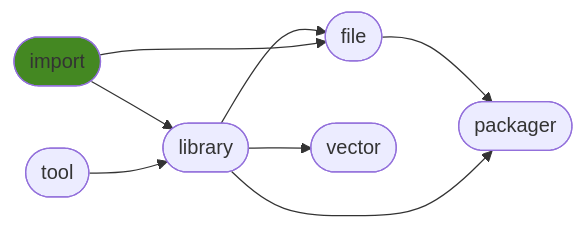
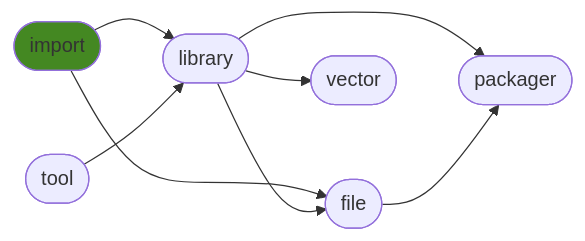
One commit to ManderaGeneral/generalimport changed the diagram in README.md. Above: the diagram before and after it, drawn with Mermaid. The commit also changed other lines of this file, not shown here.

````diff
--- a/README.md
+++ b/README.md
@@ -28,17 +28,17 @@
 ```mermaid
 flowchart LR
+0([import]) --> 2([library])
+0([import]) --> 3([file])
+2([library]) --> 4([vector])
+1([tool]) --> 2([library])
+2([library]) --> 3([file])
+2([library]) --> 5([packager])
 3([file]) --> 5([packager])
-2([library]) --> 5([packager])
-2([library]) --> 3([file])
-0([import]) --> 2([library])
-1([tool]) --> 2([library])
-2([library]) --> 4([vector])
-0([import]) --> 3([file])
 click 0 "https://github.com/ManderaGeneral/generalimport"
 click 1 "https://github.com/ManderaGeneral/generaltool"
 click 2 "https://github.com/ManderaGeneral/generallibrary"
 click 3 "https://github.com/ManderaGeneral/generalfile"
 click 4 "https://github.com/ManderaGeneral/generalvector"
 click 5 "https://github.com/ManderaGeneral/generalpackager"
 style 0 fill:#482
 ```
````
